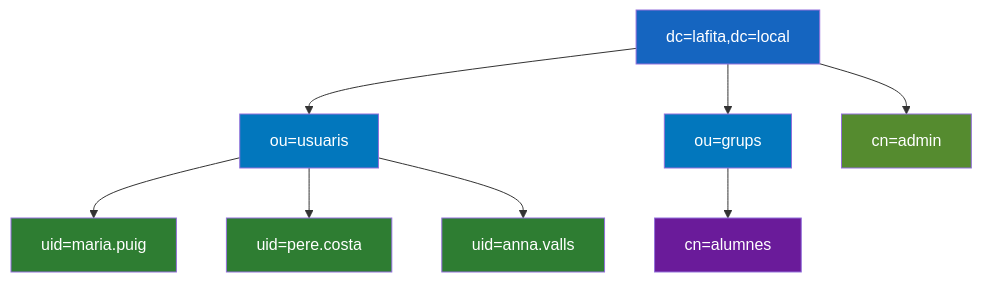
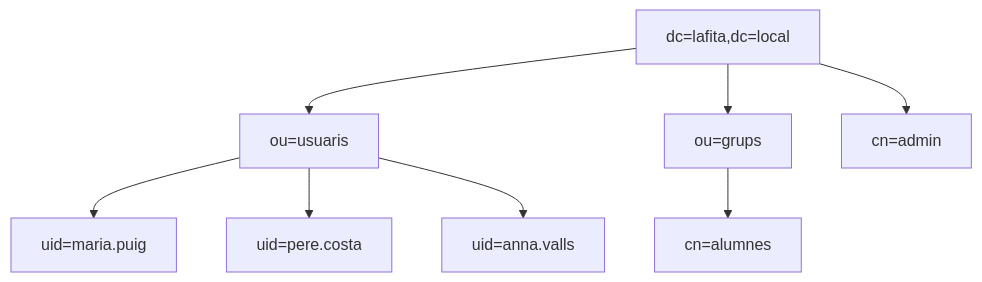
Before and after one commit to xtartera/TartyDocs: the diagram in docs/ut2/bloc3-ldap-conceptes/10-conceptes-ldap.md, drawn with Mermaid. The commit also changed 15 other files, not shown here.

First line of the commit message:
ut2: elimina style directives dels diagrames mermaid (18 fitxers)

````diff
--- a/docs/ut2/bloc3-ldap-conceptes/10-conceptes-ldap.md
+++ b/docs/ut2/bloc3-ldap-conceptes/10-conceptes-ldap.md
@@ -29,19 +29,11 @@
     ```mermaid
     graph TD
         A["dc=lafita,dc=local"] --> B["ou=usuaris"]
         A --> C["ou=grups"]
         A --> D["cn=admin"]
         B --> E["uid=maria.puig"]
         B --> F["uid=pere.costa"]
         B --> G["uid=anna.valls"]
         C --> H["cn=alumnes"]
 
-        style A fill:#1565C0,color:#fff
-        style B fill:#0277BD,color:#fff
-        style C fill:#0277BD,color:#fff
-        style D fill:#558B2F,color:#fff
-        style E fill:#2E7D32,color:#fff
-        style F fill:#2E7D32,color:#fff
-        style G fill:#2E7D32,color:#fff
-        style H fill:#6A1B9A,color:#fff
     ```
````
